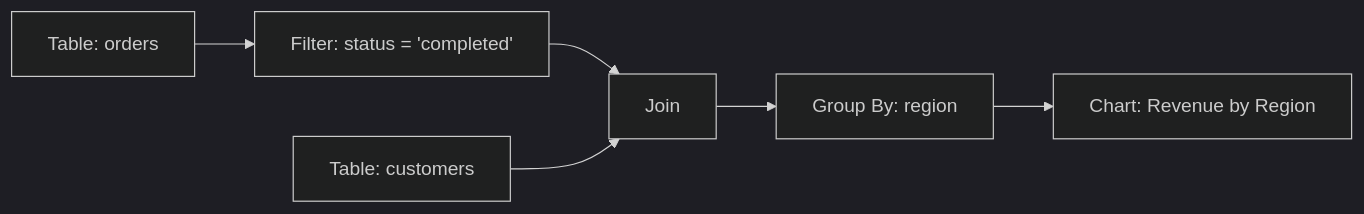
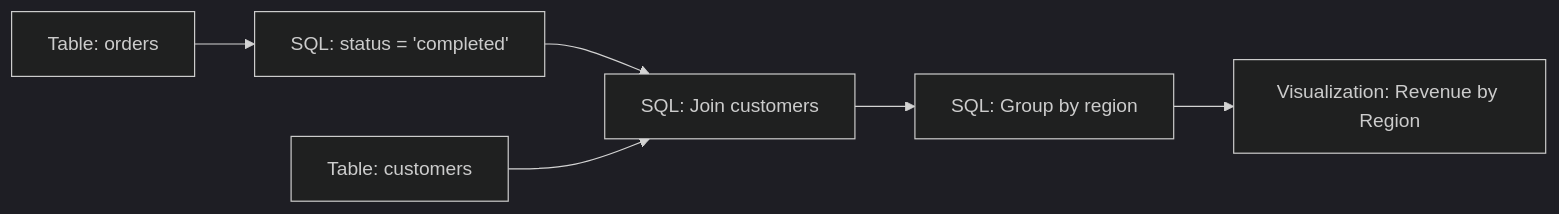
The diagram in posts/2026-02-17-how-to-use-bigquery-data-canvas-for-visual-data-exploration-and-analysis/README.md (OneUptime/blog), drawn with Mermaid (dark theme) before and after one commit. The commit also changed other lines of this file and 2 other files, not shown here.

````diff
--- a/posts/2026-02-17-how-to-use-bigquery-data-canvas-for-visual-data-exploration-and-analysis/README.md
+++ b/posts/2026-02-17-how-to-use-bigquery-data-canvas-for-visual-data-exploration-and-analysis/README.md
@@ -19,8 +19,8 @@
 ```mermaid
 graph LR
-    T1[Table: orders] --> F1[Filter: status = 'completed']
-    F1 --> J1[Join]
+    T1[Table: orders] --> Q1[SQL: status = 'completed']
+    Q1 --> J1[SQL: Join customers]
     T2[Table: customers] --> J1
-    J1 --> G1[Group By: region]
-    G1 --> V1[Chart: Revenue by Region]
+    J1 --> G1[SQL: Group by region]
+    G1 --> V1[Visualization: Revenue by Region]
 ```
````
